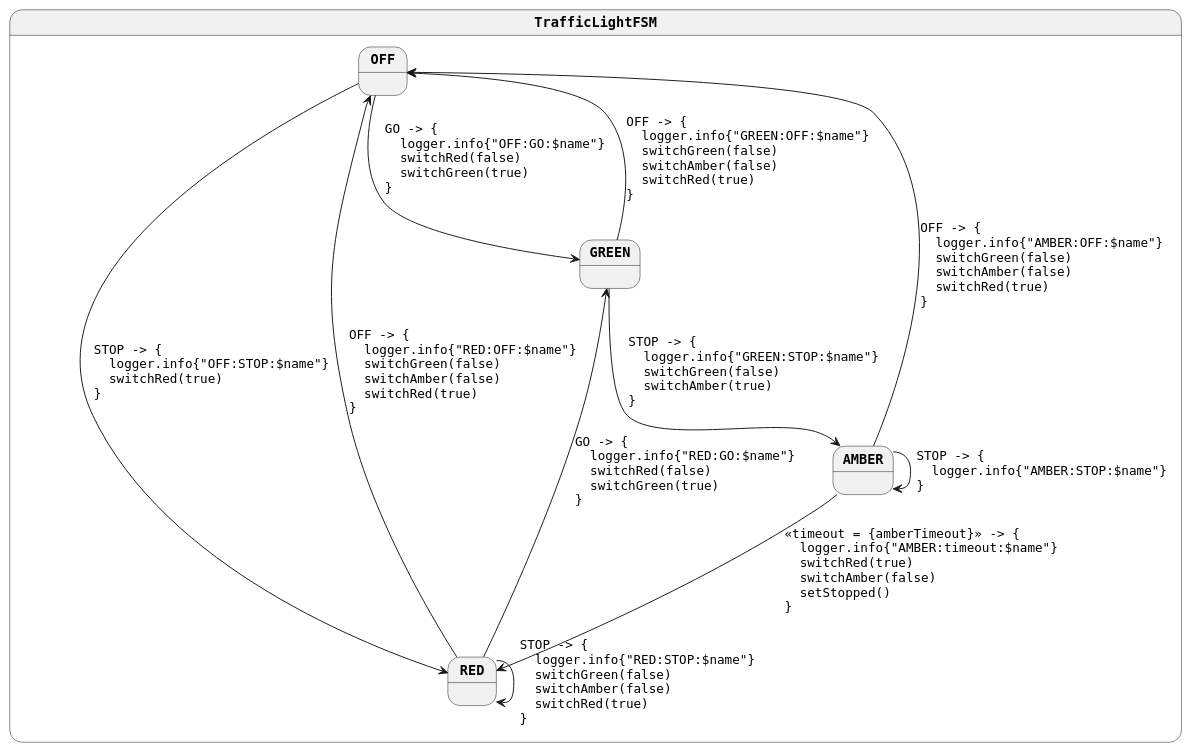
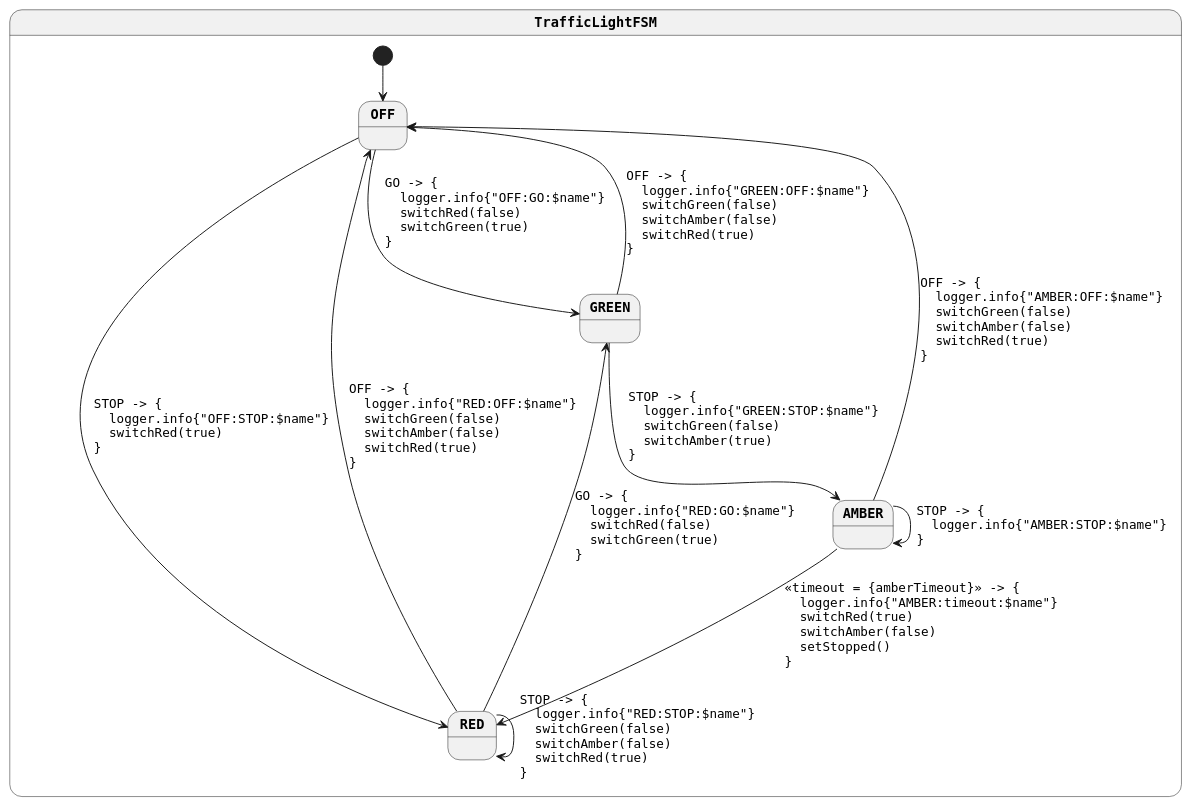
The diagram in generated/traffic-light.plantuml (open-jumpco/kfsm-android-compose-traffic), drawn with PlantUML before and after one commit. The commit also changed 15 other files, not shown here.

```diff
--- a/generated/traffic-light.plantuml
+++ b/generated/traffic-light.plantuml
@@ -1,22 +1,22 @@
 @startuml
 skinparam monochrome true
 skinparam StateFontName Helvetica
 skinparam defaultFontName Monospaced
 skinparam defaultFontStyle Bold
 skinparam state {
-    FontColor Black
     FontStyle Bold
 }
 state TrafficLightFSM {
+[*] --> OFF
 OFF --> GREEN : GO -> {\l  logger.info{"OFF:GO:$name"}\l  switchRed(false)\l  switchGreen(true)\l}
 OFF --> RED : STOP -> {\l  logger.info{"OFF:STOP:$name"}\l  switchRed(true)\l}
 RED --> GREEN : GO -> {\l  logger.info{"RED:GO:$name"}\l  switchRed(false)\l  switchGreen(true)\l}
 RED --> RED : STOP -> {\l  logger.info{"RED:STOP:$name"}\l  switchGreen(false)\l  switchAmber(false)\l  switchRed(true)\l}
 RED --> OFF : OFF -> {\l  logger.info{"RED:OFF:$name"}\l  switchGreen(false)\l  switchAmber(false)\l  switchRed(true)\l}
 AMBER --> RED : <<timeout = {amberTimeout}>> -> {\l  logger.info{"AMBER:timeout:$name"}\l  switchRed(true)\l  switchAmber(false)\l  setStopped()\l}
 AMBER --> AMBER : STOP -> {\l  logger.info{"AMBER:STOP:$name"}\l}
 AMBER --> OFF : OFF -> {\l  logger.info{"AMBER:OFF:$name"}\l  switchGreen(false)\l  switchAmber(false)\l  switchRed(true)\l}
 GREEN --> AMBER : STOP -> {\l  logger.info{"GREEN:STOP:$name"}\l  switchGreen(false)\l  switchAmber(true)\l}
 GREEN --> OFF : OFF -> {\l  logger.info{"GREEN:OFF:$name"}\l  switchGreen(false)\l  switchAmber(false)\l  switchRed(true)\l}
 }
 @enduml
```
